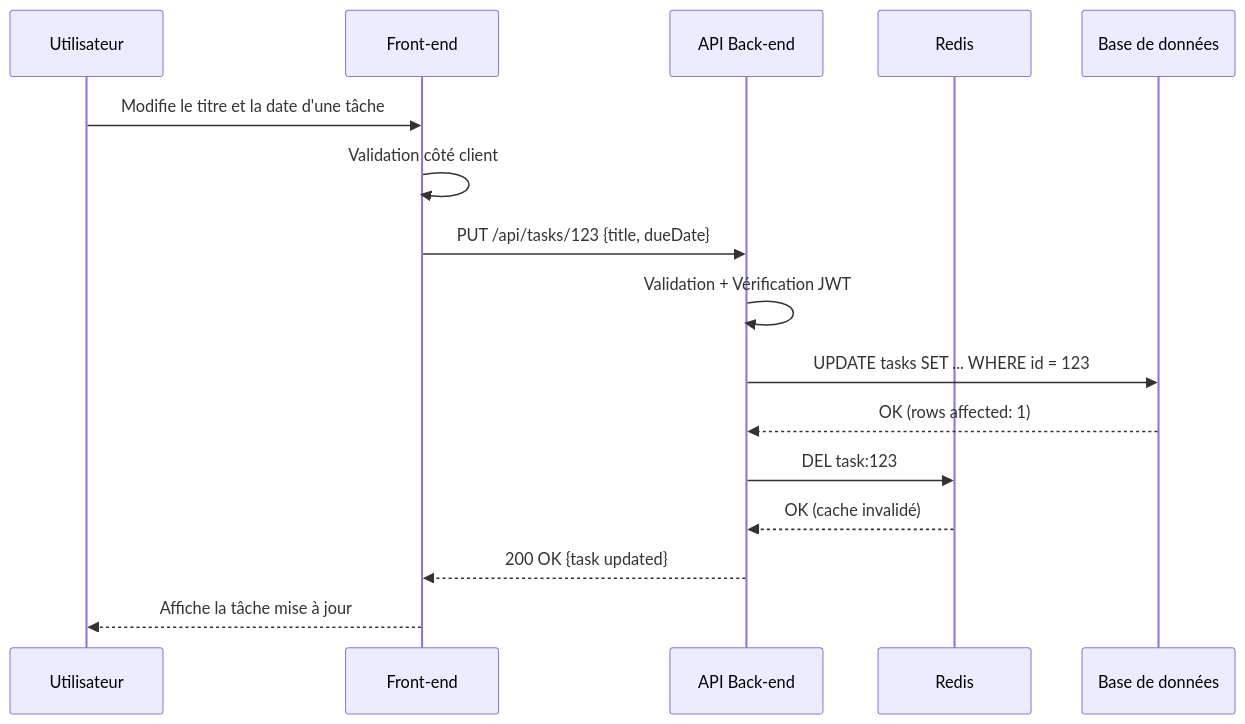
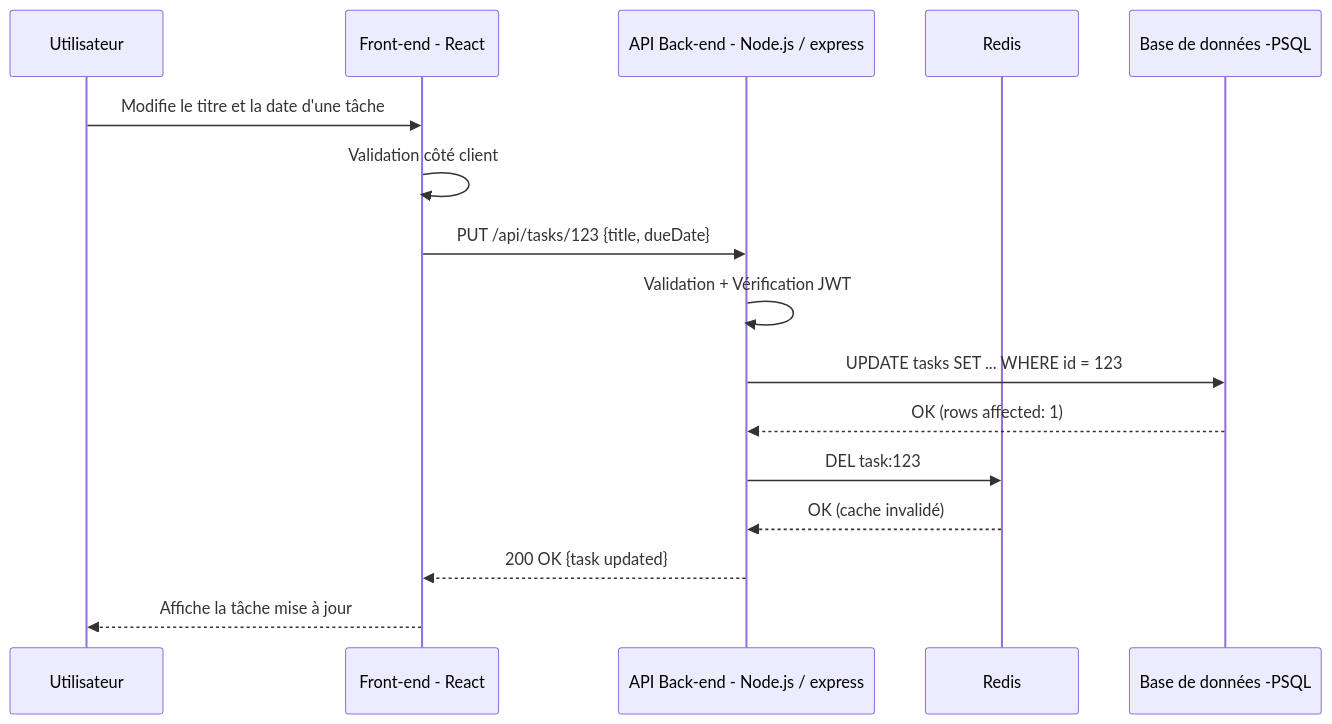
Before and after one commit to rdesfonds-campus/exercices_architecture: the third of 5 diagrams in jour 2/exercices_C2.md, drawn with Mermaid. The commit also changed other lines of this file and 1 other file, not shown here.

````diff
--- a/jour 2/exercices_C2.md
+++ b/jour 2/exercices_C2.md
@@ -78,19 +78,19 @@
 ```mermaid
 sequenceDiagram
     participant U as Utilisateur
-    participant FE as Front-end
-    participant API as API Back-end
+    participant FE as Front-end - React
+    participant API as API Back-end - Node.js / express
     participant CACHE as Redis
-    participant DB as Base de données
+    participant DB as Base de données -PSQL
 
     U->>FE: Modifie le titre et la date d'une tâche
     FE->>FE: Validation côté client
     FE->>API: PUT /api/tasks/123 {title, dueDate}
     API->>API: Validation + Vérification JWT
     API->>DB: UPDATE tasks SET ... WHERE id = 123
     DB-->>API: OK (rows affected: 1)
     API->>CACHE: DEL task:123
     CACHE-->>API: OK (cache invalidé)
     API-->>FE: 200 OK {task updated}
     FE-->>U: Affiche la tâche mise à jour
 ```
````
